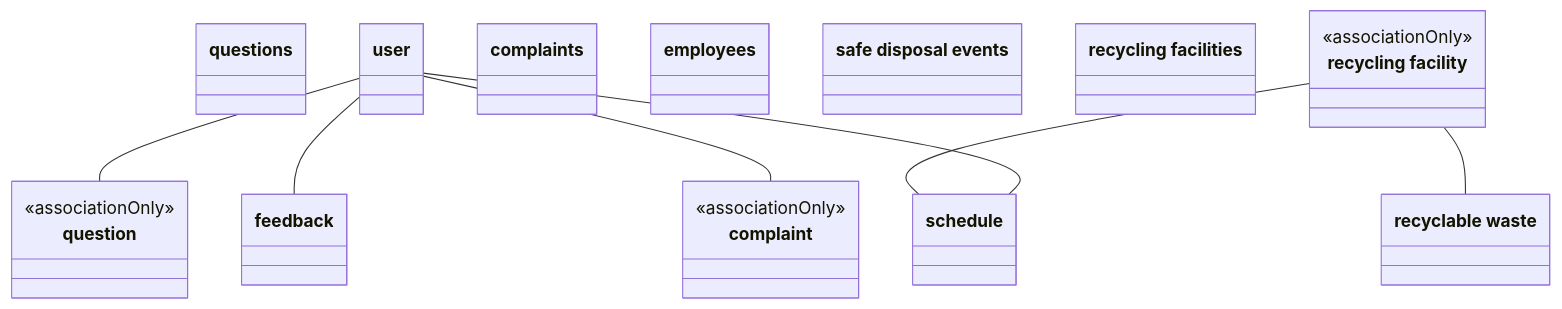
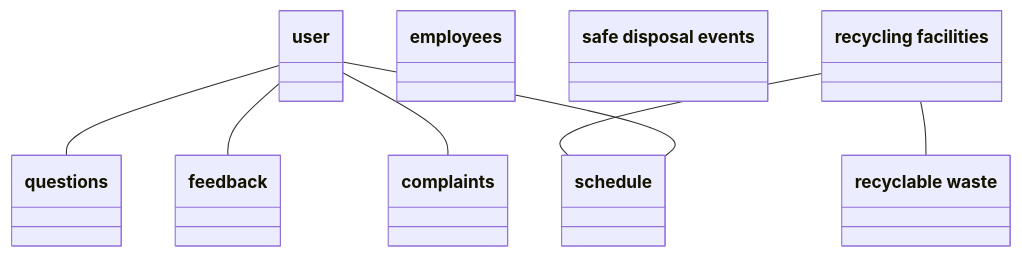
Before and after one commit to DomDeWulf/user-story-domain-model-datasets: the diagram in 2_gold_standard_domain_models/recycling.mmd, drawn with Mermaid. The commit also changed 13 other files, not shown here.

Commit message:
Normalize domain-model terms and document association assumptions

```diff
--- a/2_gold_standard_domain_models/recycling.mmd
+++ b/2_gold_standard_domain_models/recycling.mmd
@@ -1,27 +1,46 @@
 classDiagram
     %% Project: Recycling
-    %% Labels and association rows are preserved exactly from the original workbooks.
-    %% associationOnly marks endpoints absent from the gold-standard class list.
-    %% These additional nodes are not gold-standard classes.
-    %% No direction, multiplicity, attributes, or methods are inferred.
+    %% Class labels match Gold standard - Classes.xlsx exactly, including capitalization.
+    %% Singular/plural forms are assumed equivalent; every changed endpoint is documented below.
+    %% Every association preserves one row of Gold standard - Associations.xlsx, in workbook order.
+    %% associationOnly nodes have no matching class in the Classes Excel; exclude them from class evaluation.
+    %% No direction, multiplicity, relationship labels, inheritance, attributes, or methods are inferred.
     class C001["questions"]
     class C002["user"]
     class C003["feedback"]
     class C004["complaints"]
     class C005["employees"]
     class C006["recyclable waste"]
     class C007["safe disposal events"]
     class C008["schedule"]
     class C009["recycling facilities"]
-    class C010["question"]
-    <<associationOnly>> C010
-    class C011["complaint"]
-    <<associationOnly>> C011
-    class C012["recycling facility"]
-    <<associationOnly>> C012
-    C002 -- C010
+
+    %% Association (Classes Excel terms where available): user -- questions
+    %% Associations Excel (Sheet1!I3:J3): user -- question.
+    %% Assumption: "question" -> "questions" (singular/plural forms are assumed interchangeable).
+    C002 -- C001
+
+    %% Association (Classes Excel terms where available): user -- feedback
+    %% Associations Excel (Sheet1!I4:J4): user -- feedback.
+    %% Wording differences: none.
     C002 -- C003
-    C002 -- C011
-    C012 -- C006
-    C012 -- C008
+
+    %% Association (Classes Excel terms where available): user -- complaints
+    %% Associations Excel (Sheet1!I5:J5): user -- complaint.
+    %% Assumption: "complaint" -> "complaints" (singular/plural forms are assumed interchangeable).
+    C002 -- C004
+
+    %% Association (Classes Excel terms where available): recycling facilities -- recyclable waste
+    %% Associations Excel (Sheet1!I6:J6): recycling facility -- recyclable waste.
+    %% Assumption: "recycling facility" -> "recycling facilities" (singular/plural forms are assumed interchangeable).
+    C009 -- C006
+
+    %% Association (Classes Excel terms where available): recycling facilities -- schedule
+    %% Associations Excel (Sheet1!I7:J7): recycling facility -- schedule.
+    %% Assumption: "recycling facility" -> "recycling facilities" (singular/plural forms are assumed interchangeable).
+    C009 -- C008
+
+    %% Association (Classes Excel terms where available): user -- schedule
+    %% Associations Excel (Sheet1!I8:J8): user -- schedule.
+    %% Wording differences: none.
     C002 -- C008
```
